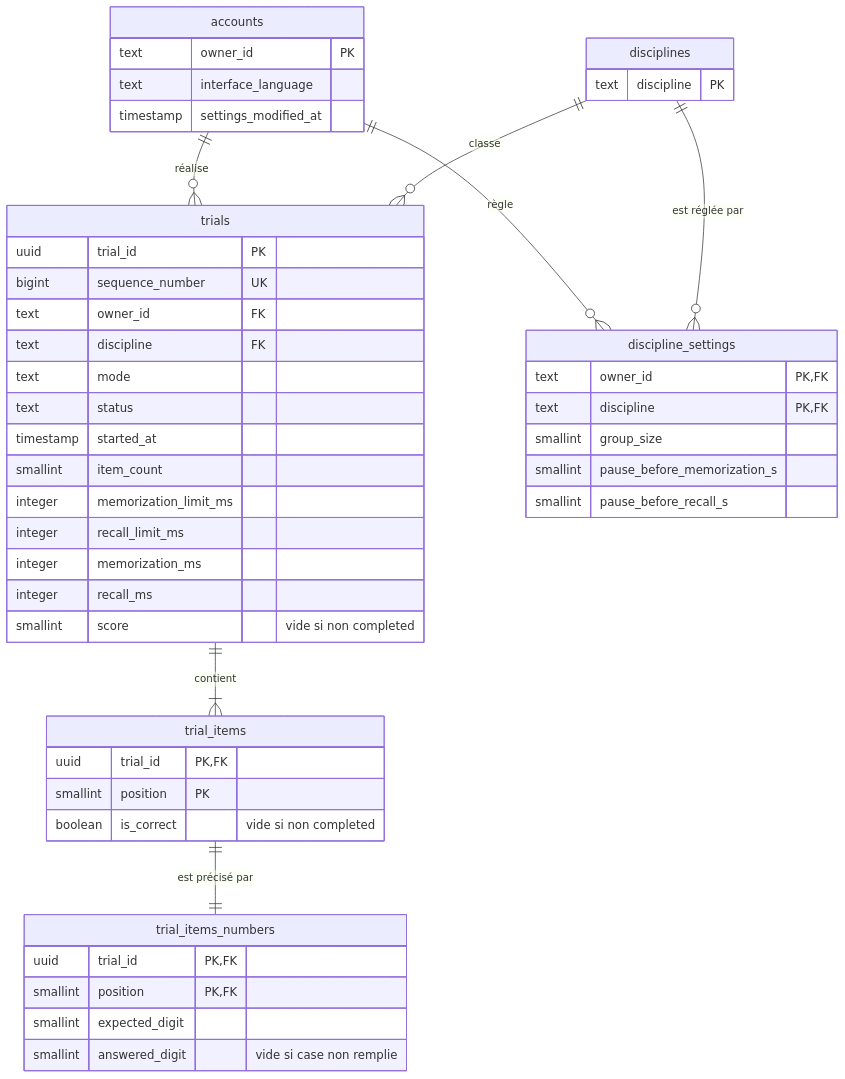
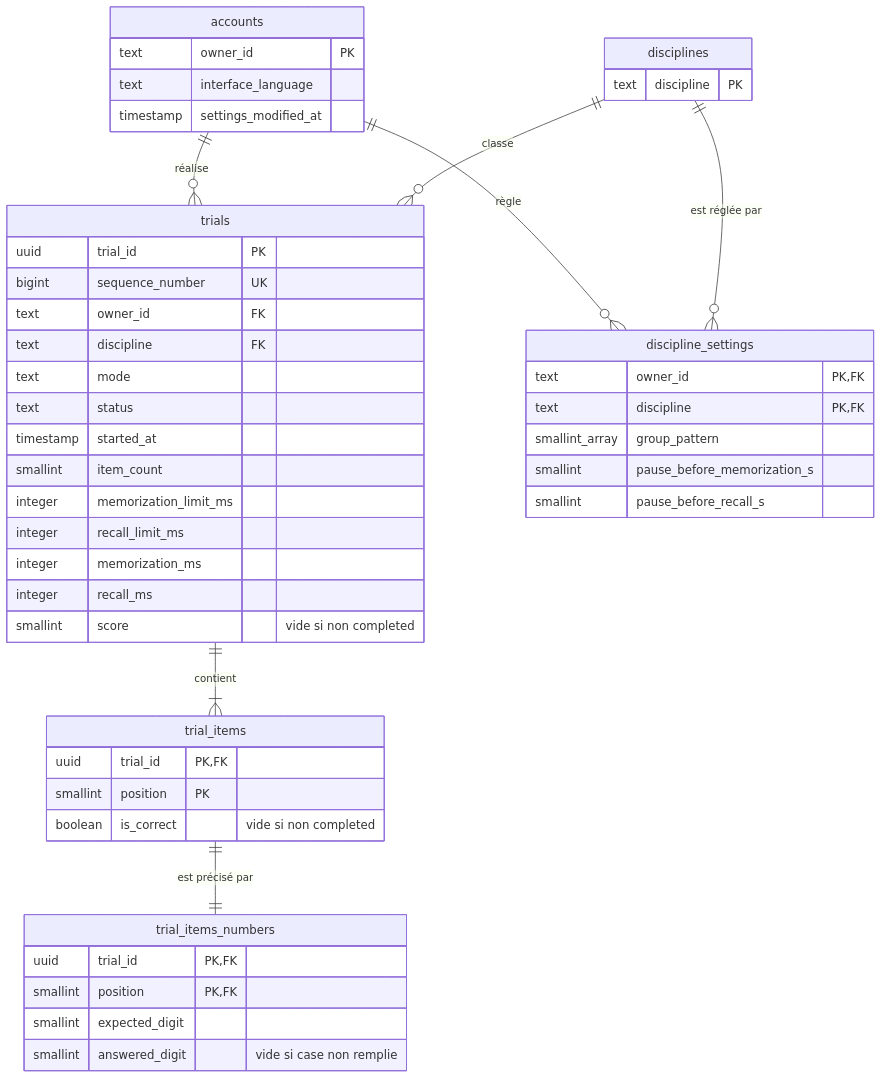
The diagram in docs/04-specifications/bdd/mld.md (gabrielluthun/memory-trainer), drawn with Mermaid before and after one commit. The commit also changed other lines of this file, not shown here.

Commit message:
docs(specs): use group_pattern in the logical model

````diff
--- a/docs/04-specifications/bdd/mld.md
+++ b/docs/04-specifications/bdd/mld.md
@@ -27,51 +27,51 @@
 ```mermaid
 erDiagram
     accounts ||--o{ trials : "réalise"
     disciplines ||--o{ trials : "classe"
     trials ||--|{ trial_items : "contient"
     trial_items ||--|| trial_items_numbers : "est précisé par"
     accounts ||--o{ discipline_settings : "règle"
     disciplines ||--o{ discipline_settings : "est réglée par"
 
     accounts {
         text owner_id PK
         text interface_language
         timestamp settings_modified_at
     }
     disciplines {
         text discipline PK
     }
     trials {
         uuid trial_id PK
         bigint sequence_number UK
         text owner_id FK
         text discipline FK
         text mode
         text status
         timestamp started_at
         smallint item_count
         integer memorization_limit_ms
         integer recall_limit_ms
         integer memorization_ms
         integer recall_ms
         smallint score "vide si non completed"
     }
     trial_items {
         uuid trial_id PK, FK
         smallint position PK
         boolean is_correct "vide si non completed"
     }
     trial_items_numbers {
         uuid trial_id PK, FK
         smallint position PK, FK
         smallint expected_digit
         smallint answered_digit "vide si case non remplie"
     }
     discipline_settings {
         text owner_id PK, FK
         text discipline PK, FK
-        smallint group_size
+        smallint_array group_pattern
         smallint pause_before_memorization_s
         smallint pause_before_recall_s
     }
 ```
````
